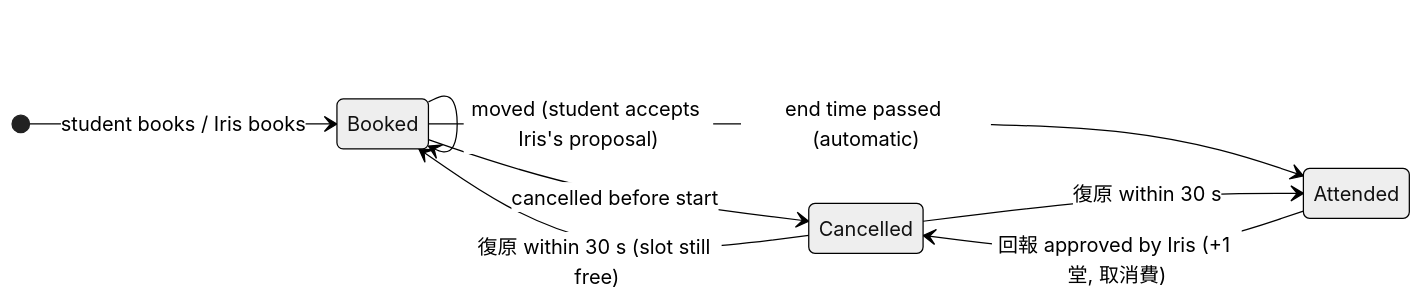
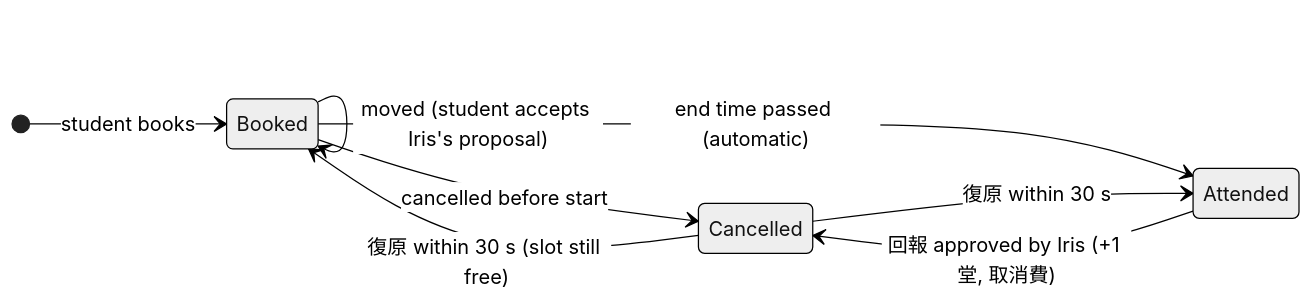
Before and after one commit to ChandraJonathanZheng/Iris-Studio: diagram 12 of 16 in docs/FLOW.md, drawn with Mermaid (neutral theme). The commit also changed other lines of this file and 4 other files, not shown here.

First line of the commit message:
Docs: PRD T-21/T-22 + notifications, SCHEMA LessonNotes, API additions

````diff
--- a/docs/FLOW.md
+++ b/docs/FLOW.md
@@ -365,12 +365,12 @@
 ```mermaid
 stateDiagram-v2
   direction LR
-  [*] --> Booked: student books / Iris books
+  [*] --> Booked: student books
   Booked --> Booked: moved (approved request)
   Booked --> Cancelled: cancelled before start
   Cancelled --> Booked: 復原 within 30 s (slot still free)
   Booked --> Booked: moved (student accepts Iris's proposal)
   Booked --> Attended: end time passed (automatic)
   Attended --> Cancelled: 回報 approved by Iris (+1 堂, 取消費)
   Cancelled --> Attended: 復原 within 30 s
 ```
````
